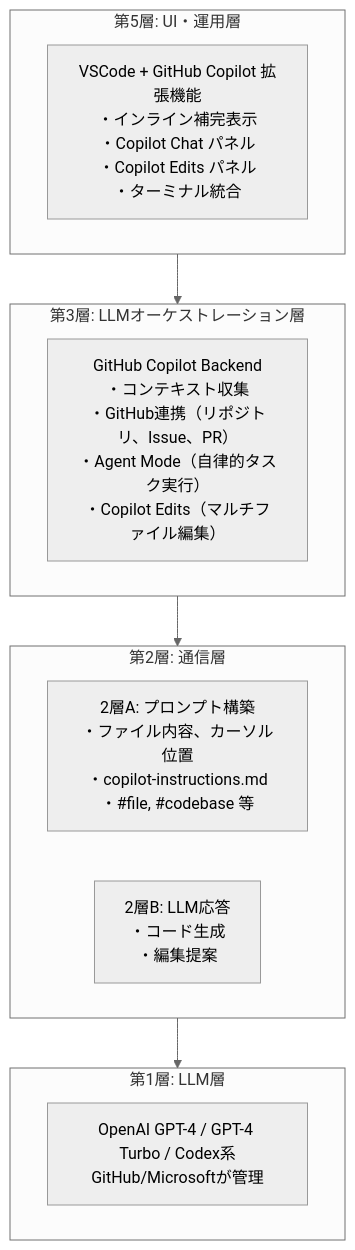
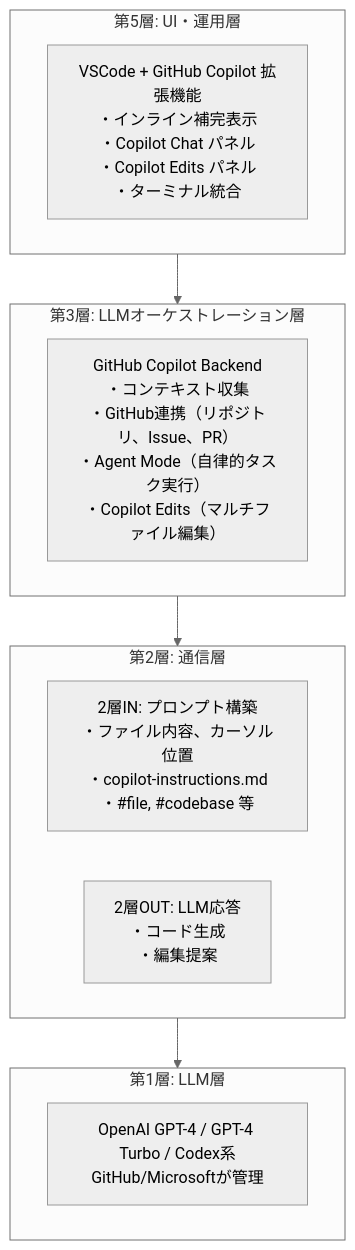
One commit to fsitlab/zenn changed the third of 7 diagrams in books/ai-agent-layered-map/07-2-ide-ai.md. Above: the diagram before and after it, drawn with Mermaid (neutral theme). The commit also changed other lines of this file and 12 other files, not shown here.

````diff
--- a/books/ai-agent-layered-map/07-2-ide-ai.md
+++ b/books/ai-agent-layered-map/07-2-ide-ai.md
@@ -268,23 +268,23 @@
 ```mermaid
 flowchart TB
     subgraph Layer5["第5層: UI・運用層"]
         CopilotUI["VSCode + GitHub Copilot 拡張機能<br/>・インライン補完表示<br/>・Copilot Chat パネル<br/>・Copilot Edits パネル<br/>・ターミナル統合"]
     end
 
     subgraph Layer3["第3層: LLMオーケストレーション層"]
         CopilotBackend["GitHub Copilot Backend<br/>・コンテキスト収集<br/>・GitHub連携（リポジトリ、Issue、PR）<br/>・Agent Mode（自律的タスク実行）<br/>・Copilot Edits（マルチファイル編集）"]
     end
 
     subgraph Layer2["第2層: 通信層"]
-        Layer2A["2層A: プロンプト構築<br/>・ファイル内容、カーソル位置<br/>・copilot-instructions.md<br/>・#file, #codebase 等"]
-        Layer2B["2層B: LLM応答<br/>・コード生成<br/>・編集提案"]
+        Layer2A["2層IN: プロンプト構築<br/>・ファイル内容、カーソル位置<br/>・copilot-instructions.md<br/>・#file, #codebase 等"]
+        Layer2B["2層OUT: LLM応答<br/>・コード生成<br/>・編集提案"]
     end
 
     subgraph Layer1["第1層: LLM層"]
         LLM["OpenAI GPT-4 / GPT-4 Turbo / Codex系<br/>GitHub/Microsoftが管理"]
     end
 
     Layer5 --> Layer3
     Layer3 --> Layer2
     Layer2 --> Layer1
 ```
````
